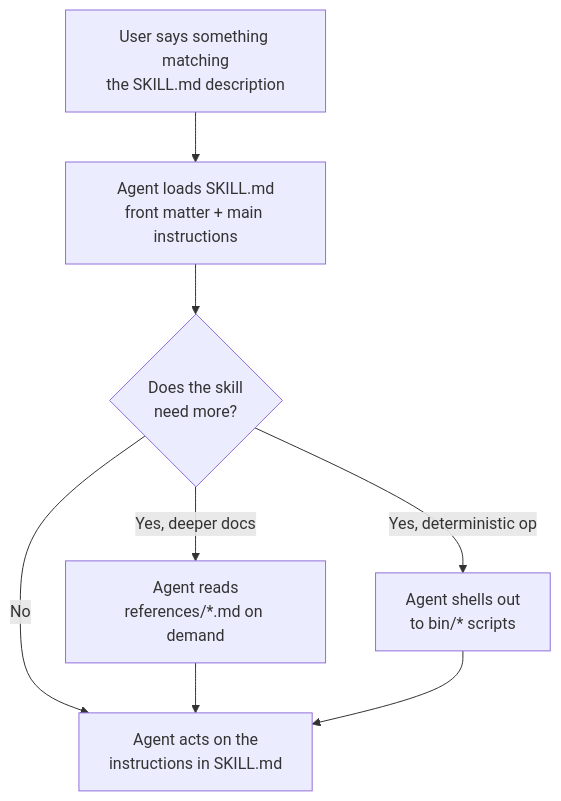
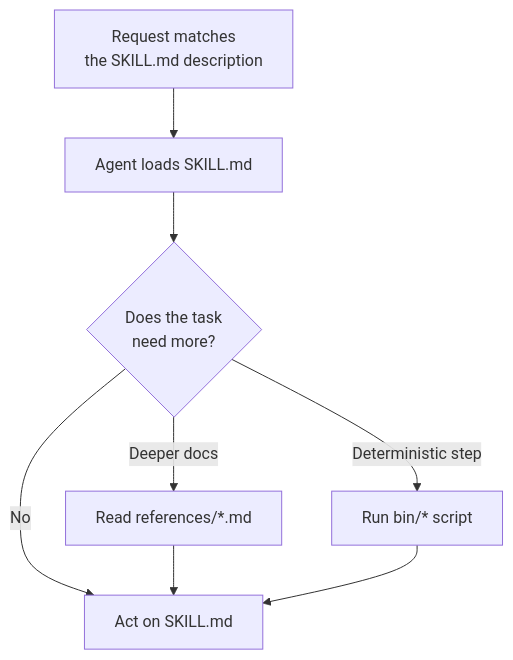
The second of 2 diagrams in content/posts/agents-dev-setup-on-macbook.md (absolutepraya/blog), drawn with Mermaid before and after one commit. The commit also changed other lines of this file and 11 other files, not shown here.

First line of the commit message:
Rewrite agent setup posts and fail CI on broken Mermaid (#10)

````diff
--- a/content/posts/agents-dev-setup-on-macbook.md
+++ b/content/posts/agents-dev-setup-on-macbook.md
@@ -274,11 +121,11 @@
 ```mermaid
 graph TD
-    Trigger["User says something matching<br/>the SKILL.md description"]
-    Trigger --> Load["Agent loads SKILL.md<br/>front matter + main instructions"]
-    Load --> Decide{"Does the skill<br/>need more?"}
-    Decide -->|No| Act["Agent acts on the<br/>instructions in SKILL.md"]
-    Decide -->|Yes, deeper docs| Refs["Agent reads<br/>references/*.md on demand"]
-    Decide -->|Yes, deterministic op| Bin["Agent shells out<br/>to bin/* scripts"]
+    Trigger["Request matches<br/>the SKILL.md description"]
+    Trigger --> Load["Agent loads SKILL.md"]
+    Load --> Decide{"Does the task<br/>need more?"}
+    Decide -->|No| Act["Act on SKILL.md"]
+    Decide -->|Deeper docs| Refs["Read references/*.md"]
+    Decide -->|Deterministic step| Bin["Run bin/* script"]
     Refs --> Act
     Bin --> Act
 ```
````
